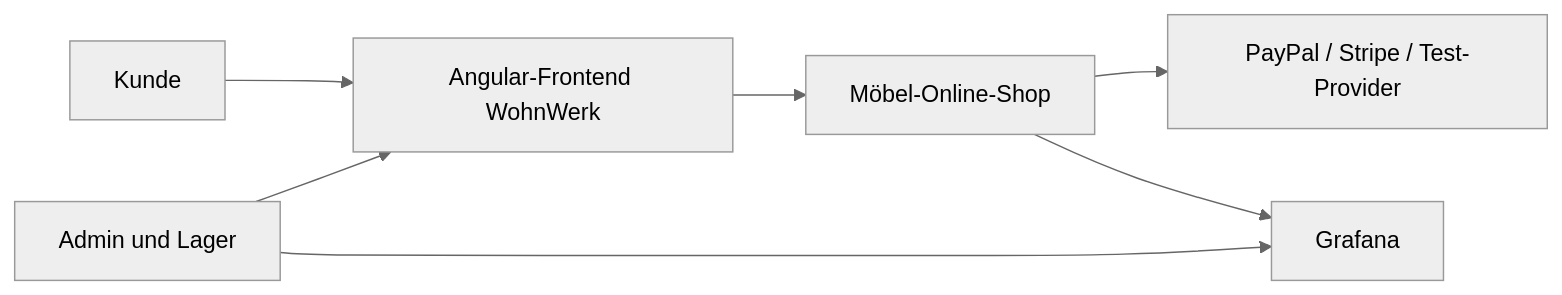
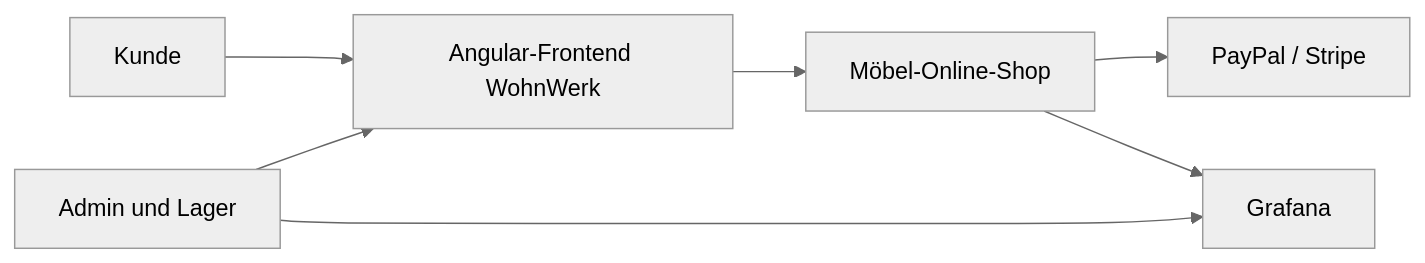
Before and after one commit to Abdelwadoud-Mabrouk/vse-microservice-online-shop: the first of 6 diagrams in docs/architecture.md, drawn with Mermaid (neutral theme). The commit also changed other lines of this file and 37 other files, not shown here.

````diff
--- a/docs/architecture.md
+++ b/docs/architecture.md
@@ -26,16 +26,16 @@
 ```mermaid
 flowchart LR
     Kunde["Kunde"]
     Intern["Admin und Lager"]
     Frontend["Angular-Frontend WohnWerk"]
     System["Möbel-Online-Shop"]
-    Provider["PayPal / Stripe / Test-Provider"]
+    Provider["PayPal / Stripe"]
     Grafana["Grafana"]
 
     Kunde --> Frontend
     Intern --> Frontend
     Frontend --> System
     System --> Provider
     Intern --> Grafana
     System --> Grafana
 ```
````
